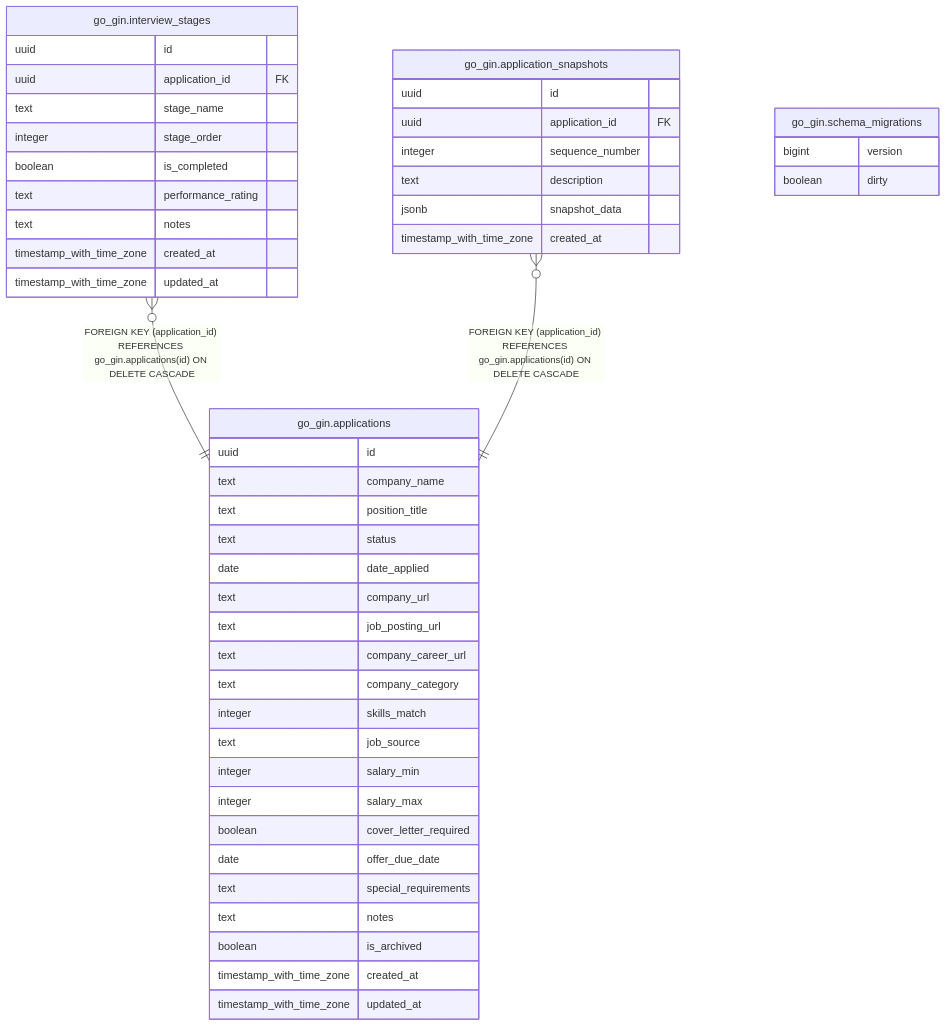
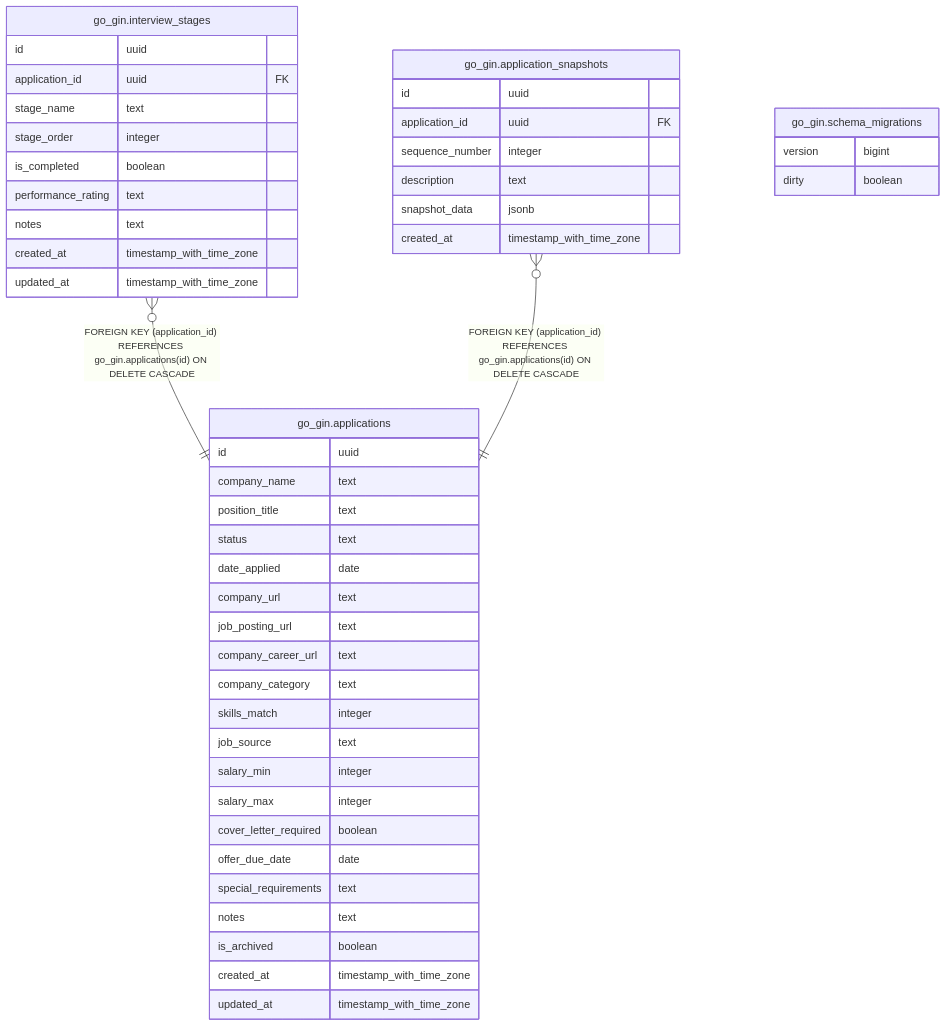
The diagram in docs/schema/go-gin/README.md (WhatIfWeDigDeeper/application-tracker), drawn with Mermaid before and after one commit. The commit also changed other lines of this file and 22 other files, not shown here.

````diff
--- a/docs/schema/go-gin/README.md
+++ b/docs/schema/go-gin/README.md
@@ -37,52 +18,52 @@
 ```mermaid
 erDiagram
 
 "go_gin.interview_stages" }o--|| "go_gin.applications" : "FOREIGN KEY (application_id) REFERENCES go_gin.applications(id) ON DELETE CASCADE"
 "go_gin.application_snapshots" }o--|| "go_gin.applications" : "FOREIGN KEY (application_id) REFERENCES go_gin.applications(id) ON DELETE CASCADE"
 
 "go_gin.applications" {
-  uuid id
-  text company_name
-  text position_title
-  text status
-  date date_applied
-  text company_url
-  text job_posting_url
-  text company_career_url
-  text company_category
-  integer skills_match
-  text job_source
-  integer salary_min
-  integer salary_max
-  boolean cover_letter_required
-  date offer_due_date
-  text special_requirements
-  text notes
-  boolean is_archived
-  timestamp_with_time_zone created_at
-  timestamp_with_time_zone updated_at
+  id uuid
+  company_name text
+  position_title text
+  status text
+  date_applied date
+  company_url text
+  job_posting_url text
+  company_career_url text
+  company_category text
+  skills_match integer
+  job_source text
+  salary_min integer
+  salary_max integer
+  cover_letter_required boolean
+  offer_due_date date
+  special_requirements text
+  notes text
+  is_archived boolean
+  created_at timestamp_with_time_zone
+  updated_at timestamp_with_time_zone
 }
 "go_gin.interview_stages" {
-  uuid id
-  uuid application_id FK
-  text stage_name
-  integer stage_order
-  boolean is_completed
-  text performance_rating
-  text notes
-  timestamp_with_time_zone created_at
-  timestamp_with_time_zone updated_at
+  id uuid
+  application_id uuid FK
+  stage_name text
+  stage_order integer
+  is_completed boolean
+  performance_rating text
+  notes text
+  created_at timestamp_with_time_zone
+  updated_at timestamp_with_time_zone
 }
 "go_gin.application_snapshots" {
-  uuid id
-  uuid application_id FK
-  integer sequence_number
-  text description
-  jsonb snapshot_data
-  timestamp_with_time_zone created_at
+  id uuid
+  application_id uuid FK
+  sequence_number integer
+  description text
+  snapshot_data jsonb
+  created_at timestamp_with_time_zone
 }
 "go_gin.schema_migrations" {
-  bigint version
-  boolean dirty
+  version bigint
+  dirty boolean
 }
 ```
````
